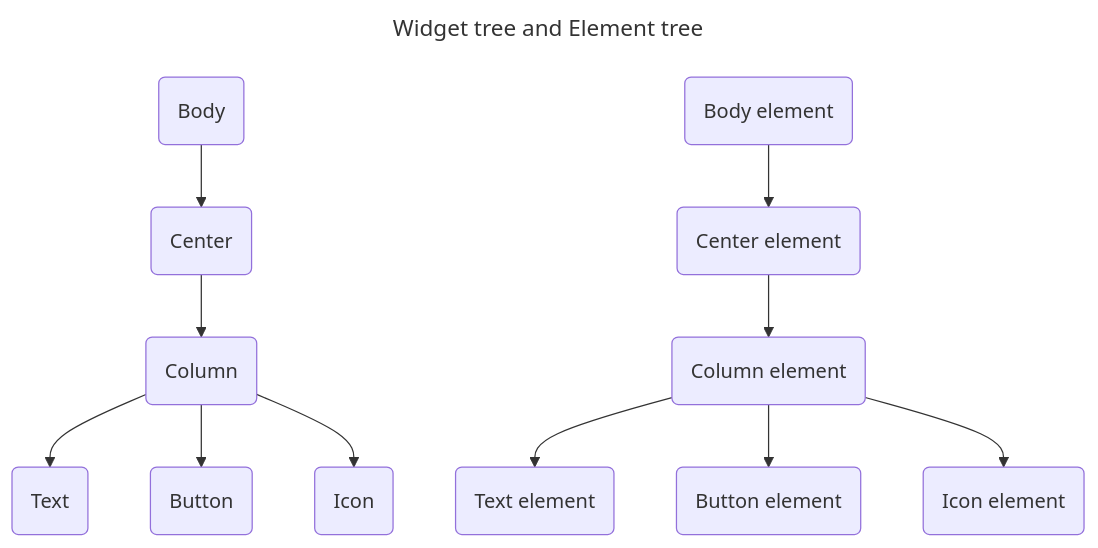
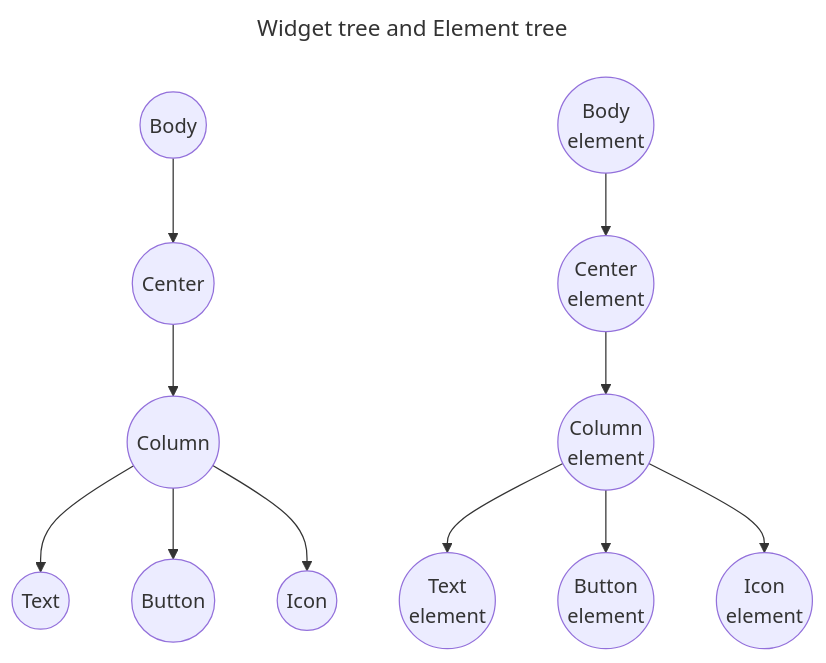
The second of 2 diagrams in Flutter_terminologies.md (Dharanesh192/Learning-something), drawn with Mermaid before and after one commit. The commit also changed other lines of this file, not shown here.

Commit message:
Enhance Flutter terminologies with Element and BuildContext details
Added explanations about Element creation and BuildContext in Flutter.

````diff
--- a/Flutter_terminologies.md
+++ b/Flutter_terminologies.md
@@ -109,17 +127,23 @@
 ``` mermaid
 ---
 title : Widget tree and Element tree
 ---
 flowchart TD
-    A(Body) -->B(Center)
-    B --> C(Column)
-    C --> D(Text)
-    C --> E(Button)
-    C --> F(Icon)
+    A((Body)) -->B((Center))
+    B --> C((Column))
+    C --> D((Text))
+    C --> E((Button))
+    C --> F((Icon))
 
-    a(Body element) -->b(Center element)
-    b --> c(Column element)
-    c --> d(Text element)
-    c --> e(Button element)
-    c --> f(Icon element)
+    a((Body
+        element)) -->b((Center
+                      element))
+    b --> c((Column
+            element))
+    c --> d((Text
+            element))
+    c --> e((Button
+            element))
+    c --> f((Icon
+            element))
 ```
````
